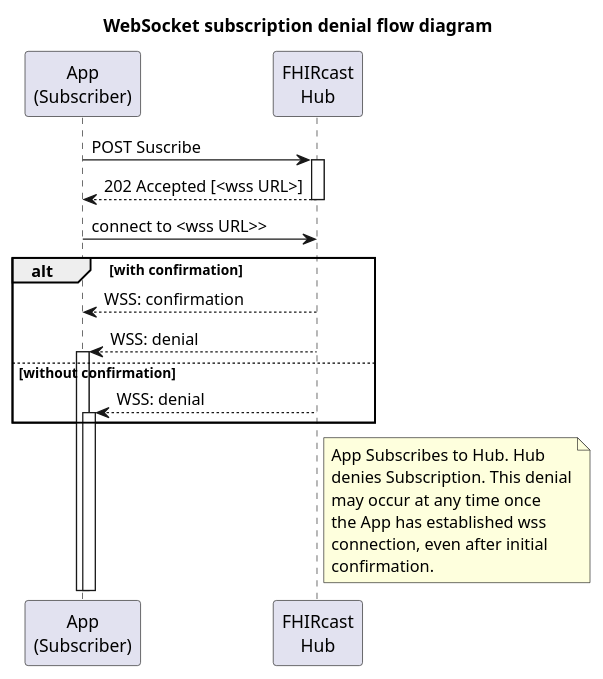
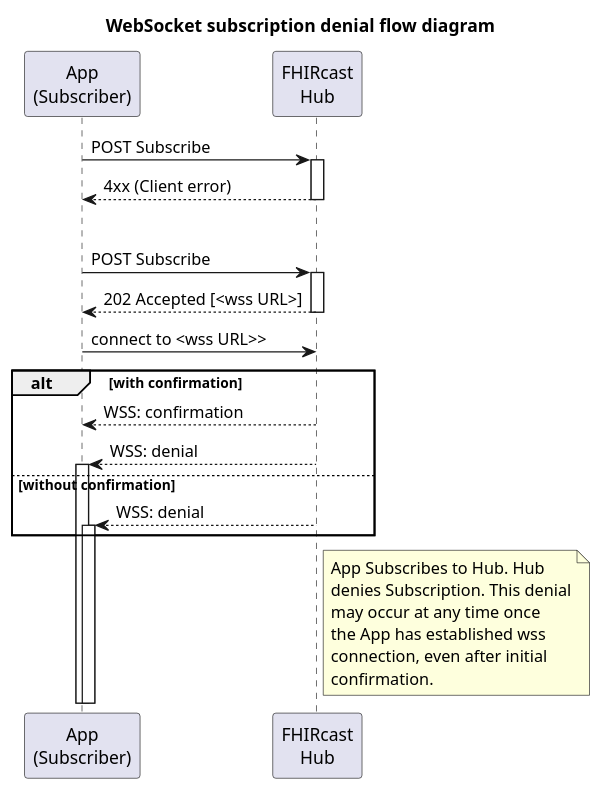
One commit to HL7/fhircast-docs changed the diagram in input/images-source/DeniedSubscriptionSequence.plantuml. Above: the diagram before and after it, drawn with PlantUML.

Commit message:
update to also describe synchronous denial

```diff
--- a/input/images-source/DeniedSubscriptionSequence.plantuml
+++ b/input/images-source/DeniedSubscriptionSequence.plantuml
@@ -1,27 +1,30 @@
 @startuml
 
 title WebSocket subscription denial flow diagram
 
 participant "App\n(Subscriber)" as Subscriber
 participant "FHIRcast\nHub" as Hub
 
-Subscriber -> Hub++: POST Suscribe
+Subscriber -> Hub++: POST Subscribe
+Subscriber <-- Hub--: 4xx (Client error)
+alt with asynchronous denial
+Subscriber -> Hub++: POST Subscribe
 Subscriber <-- Hub--: 202 Accepted [<wss URL>]
 Subscriber -> Hub: connect to <wss URL>>
 alt with confirmation
 Subscriber <-- Hub: WSS: confirmation
 Hub --> Subscriber++: WSS: denial
 else without confirmation
 Hub --> Subscriber++: WSS: denial
 end
 
 note right of Hub
     App Subscribes to Hub. Hub 
     denies Subscription. This denial
     may occur at any time once
     the App has established wss
     connection, even after initial 
     confirmation.
 end note
 
 @enduml
```
